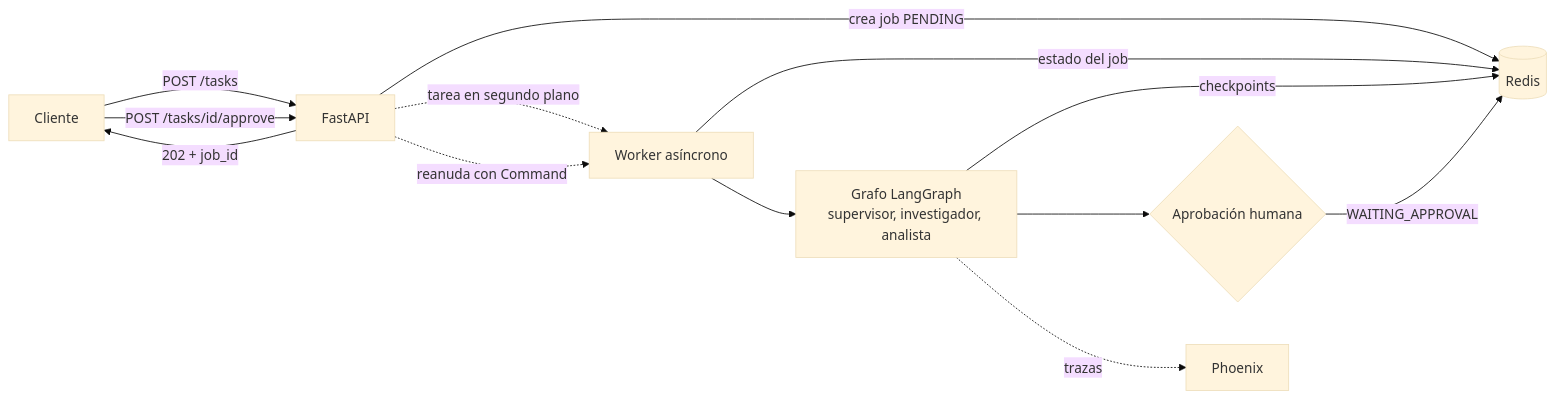
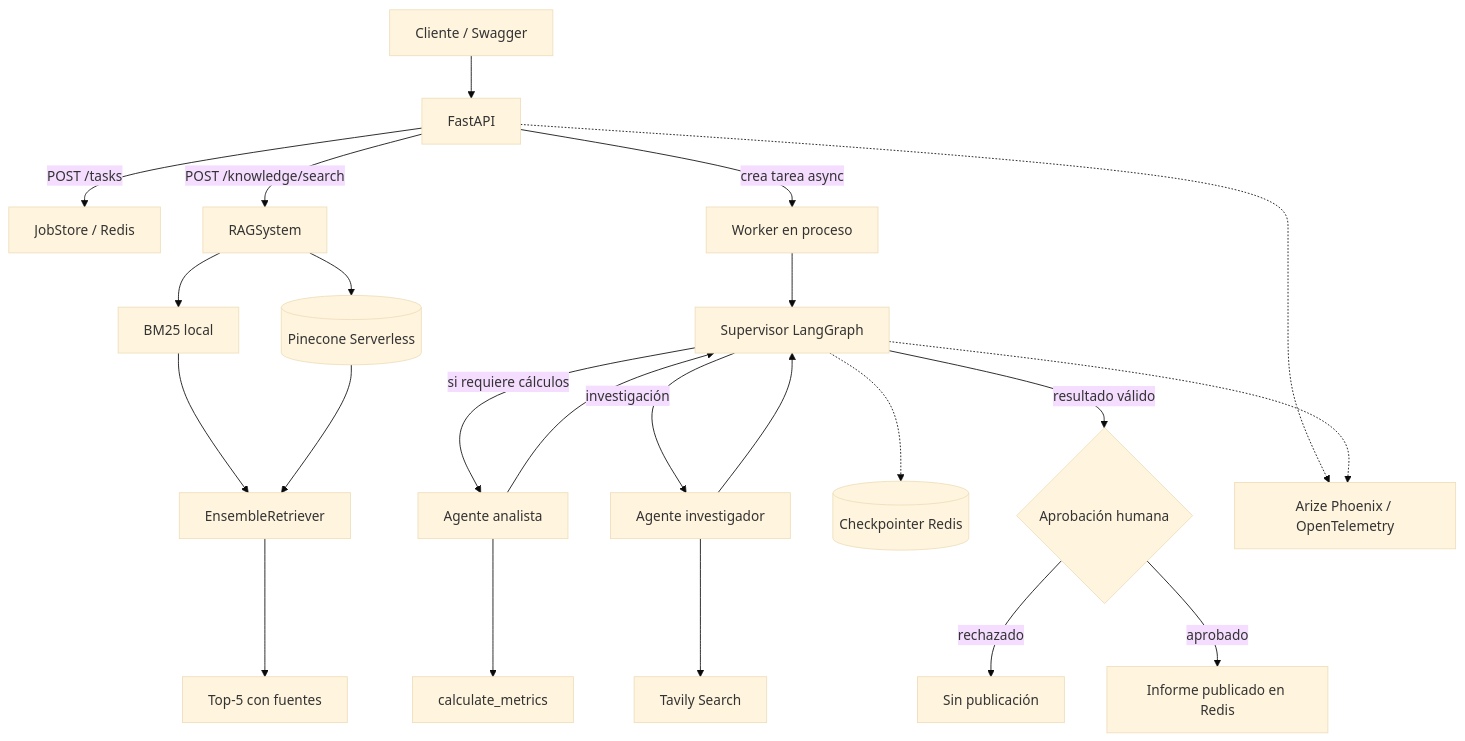
One commit to leannmeier/CH-Project-AI-Engineering changed the first of 2 diagrams in README.md. Above: the diagram before and after it, drawn with Mermaid (base theme). The commit also changed other lines of this file, not shown here.

````diff
--- a/README.md
+++ b/README.md
@@ -95,15 +34,25 @@
 ```mermaid
-flowchart LR
-    C[Cliente] -->|POST /tasks| API[FastAPI]
-    API -->|crea job PENDING| R[(Redis)]
-    API -->|202 + job_id| C
-    API -.->|tarea en segundo plano| W[Worker asíncrono]
-    W -->|estado del job| R
-    W --> G[Grafo LangGraph<br/>supervisor, investigador, analista]
-    G -->|checkpoints| R
-    G --> H{Aprobación humana}
-    H -->|WAITING_APPROVAL| R
-    C -->|POST /tasks/id/approve| API
-    API -.->|reanuda con Command| W
-    G -.->|trazas| P[Phoenix]
+flowchart TD
+    C[Cliente / Swagger] --> API[FastAPI]
+    API -->|POST /tasks| JS[JobStore / Redis]
+    API -->|crea tarea async| W[Worker en proceso]
+    W --> S[Supervisor LangGraph]
+    S -->|investigación| R[Agente investigador]
+    R --> T[Tavily Search]
+    R --> S
+    S -->|si requiere cálculos| A[Agente analista]
+    A --> M[calculate_metrics]
+    A --> S
+    S -->|resultado válido| H{Aprobación humana}
+    H -->|aprobado| P[Informe publicado en Redis]
+    H -->|rechazado| N[Sin publicación]
+    S -.-> CP[(Checkpointer Redis)]
+    API -->|POST /knowledge/search| K[RAGSystem]
+    K --> BM[BM25 local]
+    K --> PC[(Pinecone Serverless)]
+    BM --> EN[EnsembleRetriever]
+    PC --> EN
+    EN --> SRC[Top-5 con fuentes]
+    API -.-> PH[Arize Phoenix / OpenTelemetry]
+    S -.-> PH
 ```
````
